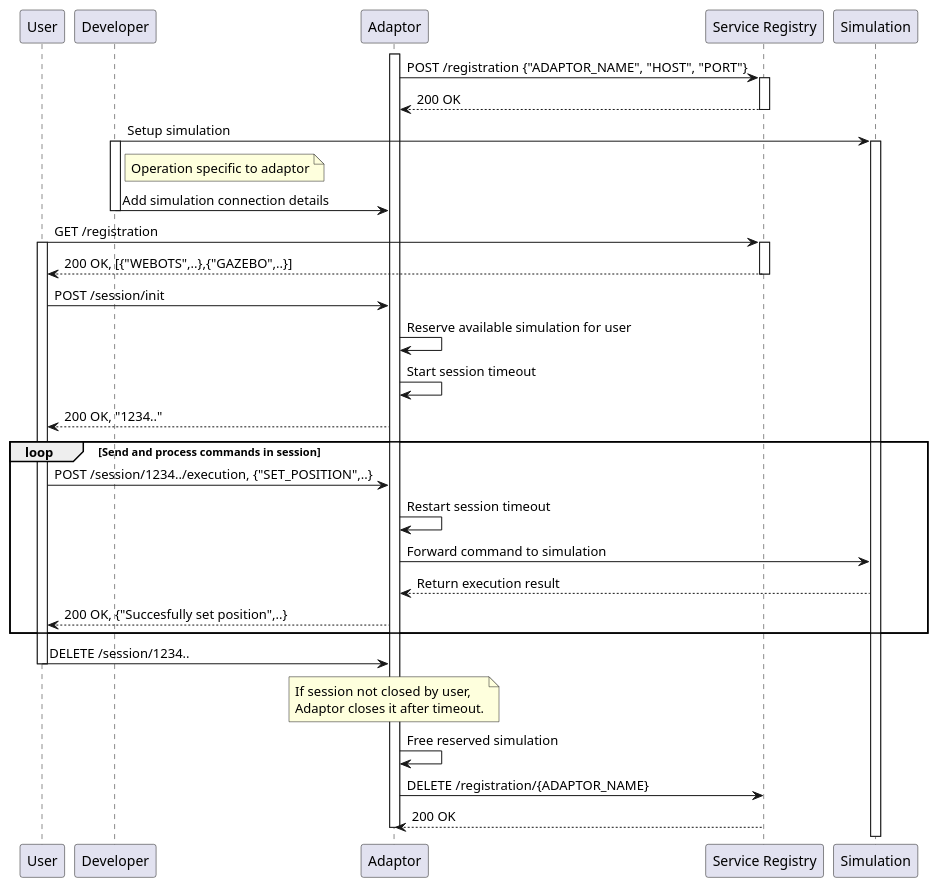
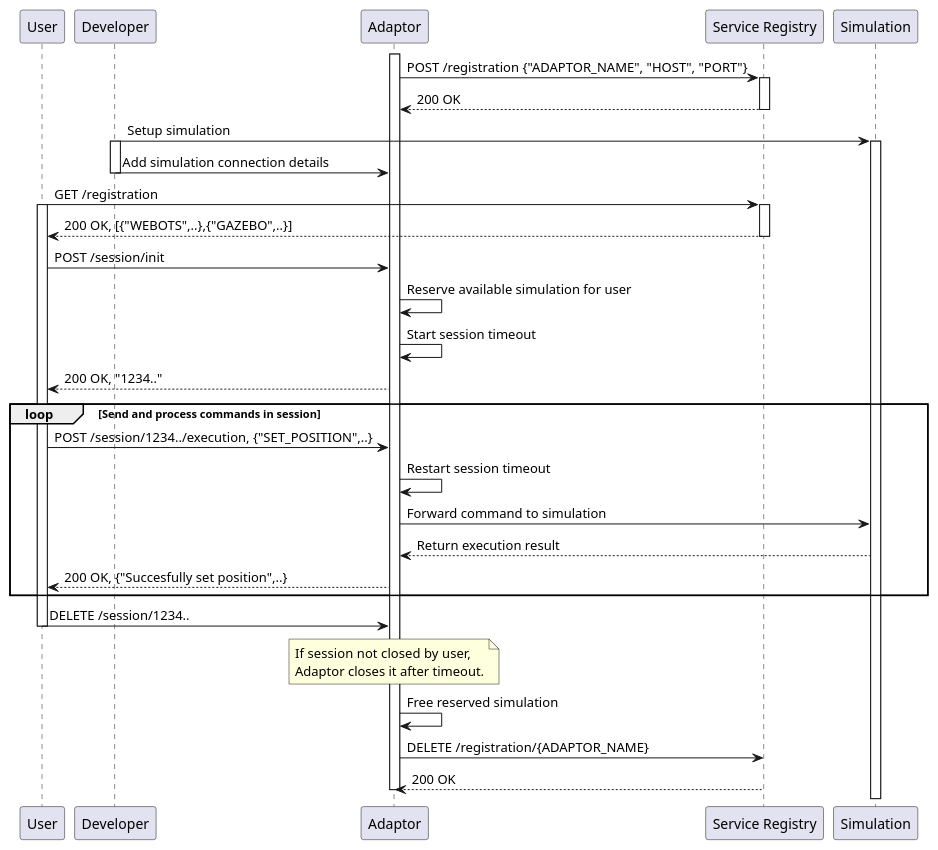
One commit to jku-swe-simcomp/project-management changed the diagram in adaptor/adaptor-concept.puml. Above: the diagram before and after it, drawn with PlantUML.

Commit message:
diagram adjustements

```diff
--- a/adaptor/adaptor-concept.puml
+++ b/adaptor/adaptor-concept.puml
@@ -1,45 +1,44 @@
 @startuml
 participant "User" as U
 participant "Developer" as D
 participant "Adaptor" as A
 participant "Service Registry" as SR
 participant "Simulation" as S
 
 activate A
 A -> SR: POST /registration {"ADAPTOR_NAME", "HOST", "PORT"}
 activate SR
 SR --> A: 200 OK
 deactivate SR
 D -> S: Setup simulation
 activate D
 activate S
-note right of D: Operation specific to adaptor
 D -> A: Add simulation connection details
 deactivate D
 U -> SR: GET /registration
 activate SR
 activate U
 SR --> U: 200 OK, [{"WEBOTS",..},{"GAZEBO",..}]
 deactivate SR
 U -> A: POST /session/init
 A -> A: Reserve available simulation for user
 A -> A: Start session timeout
 A --> U: 200 OK, "1234.."
 loop Send and process commands in session
     U -> A: POST /session/1234../execution, {"SET_POSITION",..}
 	A -> A: Restart session timeout
     A -> S: Forward command to simulation
     S --> A: Return execution result
     A --> U: 200 OK, {"Succesfully set position",..}
 end
 
 U -> A: DELETE /session/1234..
 deactivate U
 note over A: If session not closed by user, \nAdaptor closes it after timeout.
 A -> A: Free reserved simulation
 A -> SR: DELETE /registration/{ADAPTOR_NAME}
 SR --> A: 200 OK
 deactivate A
 
 
 @enduml
```
